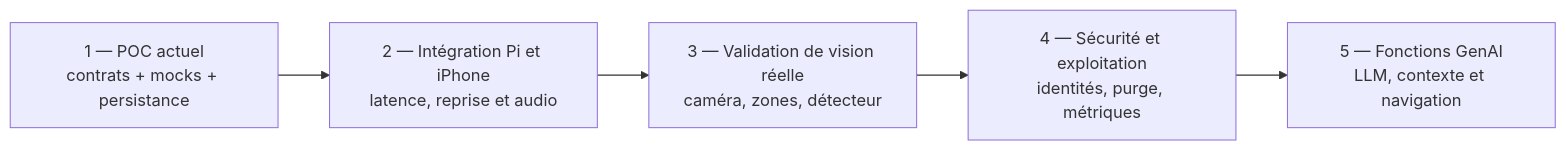
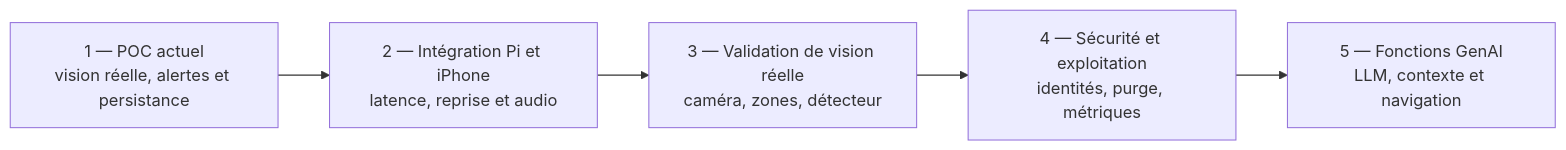
The fifth of 5 diagrams in docs/07-decisions-et-limites.md (Mindsept/Looki--Vision), drawn with Mermaid before and after one commit. The commit also changed other lines of this file and 7 other files, not shown here.

````diff
--- a/docs/07-decisions-et-limites.md
+++ b/docs/07-decisions-et-limites.md
@@ -100,7 +104,7 @@
 ```mermaid
 flowchart LR
-    POC[1 — POC actuel<br/>contrats + mocks + persistance] --> Integration[2 — Intégration Pi et iPhone<br/>latence, reprise et audio]
+    POC[1 — POC actuel<br/>vision réelle, alertes et persistance] --> Integration[2 — Intégration Pi et iPhone<br/>latence, reprise et audio]
     Integration --> Vision[3 — Validation de vision réelle<br/>caméra, zones, détecteur]
     Vision --> Product[4 — Sécurité et exploitation<br/>identités, purge, métriques]
     Product --> GenAI[5 — Fonctions GenAI<br/>LLM, contexte et navigation]
 ```
````
